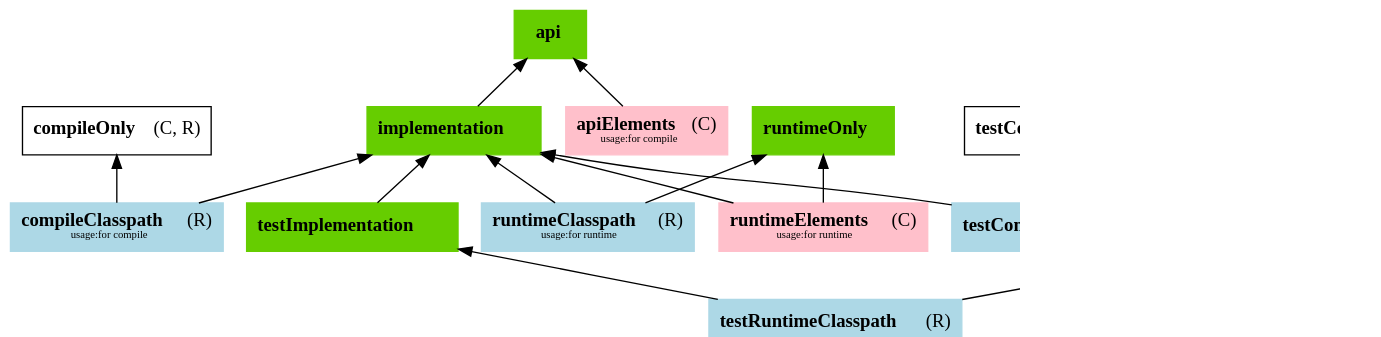
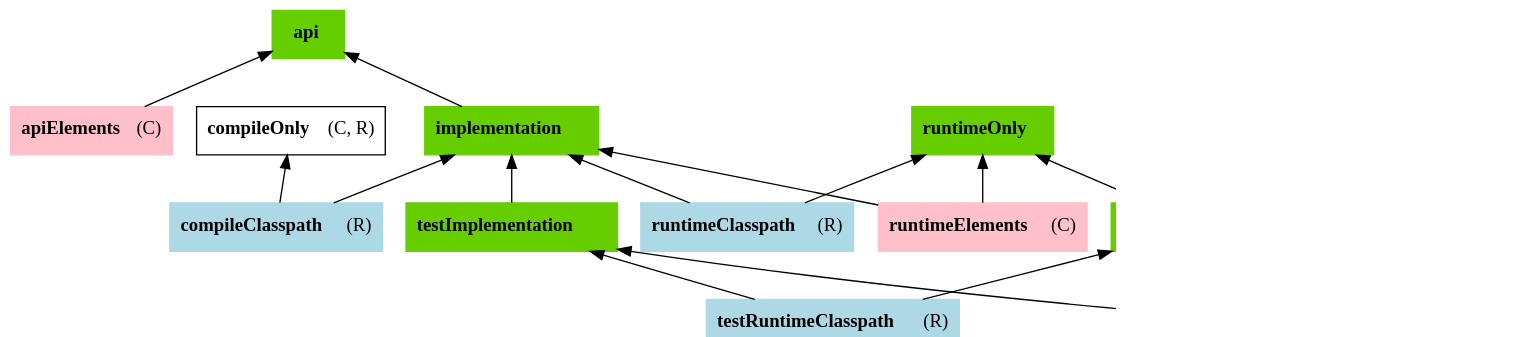
Before and after one commit to gradle/gradle: the diagram in subprojects/docs/src/docs/userguide/img/java-library-ignore-deprecated.dot, drawn with Graphviz. The commit also changed 11 other files, not shown here.

```diff
--- a/subprojects/docs/src/docs/userguide/img/java-library-ignore-deprecated.dot
+++ b/subprojects/docs/src/docs/userguide/img/java-library-ignore-deprecated.dot
@@ -1,38 +1,39 @@
 digraph configurations {
-   rankdir = BT;
+    rankdir = BT;
    graph [ dpi = 100, fontname="Meera"];
    node [fontname = "Meera"];
    edge [fontname = "Meera"];
 
-   "api" [shape="box", label=<<B>api</B>>, color="chartreuse3", bgcolor="chartreuse3", style="filled"]
-   "apiElements" [shape="box", label=<<B>apiElements</B>(C)<BR/><FONT POINT-SIZE="8">usage:for compile</FONT>>, color="pink", bgcolor="pink", style="filled"]
+   "apiElements" [shape="box", label=<<B>apiElements</B>(C)>, color="pink", bgcolor="pink", style="filled"]
    "apiElements" -> "api"
 
-   "compileClasspath" [shape="box", label=<<B>compileClasspath</B>(R)<BR/><FONT POINT-SIZE="8">usage:for compile</FONT>>, color="lightblue", bgcolor="lightblue", style="filled"]
+   "api" [shape="box", label=<<B>api</B>>, color="chartreuse3", bgcolor="chartreuse3", style="filled"]
+
+   "compileClasspath" [shape="box", label=<<B>compileClasspath</B>(R)>, color="lightblue", bgcolor="lightblue", style="filled"]
    "compileClasspath" -> "compileOnly"
+   "compileOnly" [shape="box", label=<<B>compileOnly</B>(C, R)>, ]
    "compileClasspath" -> "implementation"
-   "compileOnly" [shape="box", label=<<B>compileOnly</B>(C, R)>, ]
    "implementation" [shape="box", label=<<B>implementation</B>>, color="chartreuse3", bgcolor="chartreuse3", style="filled"]
    "implementation" -> "api"
 
+   "runtimeClasspath" [shape="box", label=<<B>runtimeClasspath</B>(R)>, color="lightblue", bgcolor="lightblue", style="filled"]
+   "runtimeClasspath" -> "runtimeOnly"
    "runtimeOnly" [shape="box", label=<<B>runtimeOnly</B>>, color="chartreuse3", bgcolor="chartreuse3", style="filled"]
-   "runtimeClasspath" [shape="box", label=<<B>runtimeClasspath</B>(R)<BR/><FONT POINT-SIZE="8">usage:for runtime</FONT>>, color="lightblue", bgcolor="lightblue", style="filled"]
-   "runtimeClasspath" -> "runtimeOnly"
    "runtimeClasspath" -> "implementation"
-   "runtimeElements" [shape="box", label=<<B>runtimeElements</B>(C)<BR/><FONT POINT-SIZE="8">usage:for runtime</FONT>>, color="pink", bgcolor="pink", style="filled"]
+   "runtimeElements" [shape="box", label=<<B>runtimeElements</B>(C)>, color="pink", bgcolor="pink", style="filled"]
    "runtimeElements" -> "implementation"
    "runtimeElements" -> "runtimeOnly"
+
+   "testCompileClasspath" [shape="box", label=<<B>testCompileClasspath</B>(R)>, color="lightblue", bgcolor="lightblue", style="filled"]
+   "testCompileClasspath" -> "testCompileOnly"
+   "testCompileOnly" [shape="box", label=<<B>testCompileOnly</B>(C, R)>, ]
+   "testCompileClasspath" -> "testImplementation"
+   "testImplementation" [shape="box", label=<<B>testImplementation</B>>, color="chartreuse3", bgcolor="chartreuse3", style="filled"]
+   "testImplementation" -> "implementation"
 
    "testRuntimeClasspath" [shape="box", label=<<B>testRuntimeClasspath</B>(R)>, color="lightblue", bgcolor="lightblue", style="filled"]
    "testRuntimeClasspath" -> "testRuntimeOnly"
    "testRuntimeOnly" [shape="box", label=<<B>testRuntimeOnly</B>>, color="chartreuse3", bgcolor="chartreuse3", style="filled"]
+   "testRuntimeOnly" -> "runtimeOnly"
    "testRuntimeClasspath" -> "testImplementation"
-
-   "testCompileClasspath" [shape="box", label=<<B>testCompileClasspath</B>(R)>, color="lightblue", bgcolor="lightblue", style="filled"]
-   "testCompileClasspath" -> "testCompileOnly"
-   "testCompileClasspath" -> "implementation"
-   "testCompileOnly" [shape="box", label=<<B>testCompileOnly</B>(C, R)>, ]
-   "testImplementation" [shape="box", label=<<B>testImplementation</B>>, color="chartreuse3", bgcolor="chartreuse3", style="filled"]
-   "testImplementation" -> "implementation"
-
 }
```
